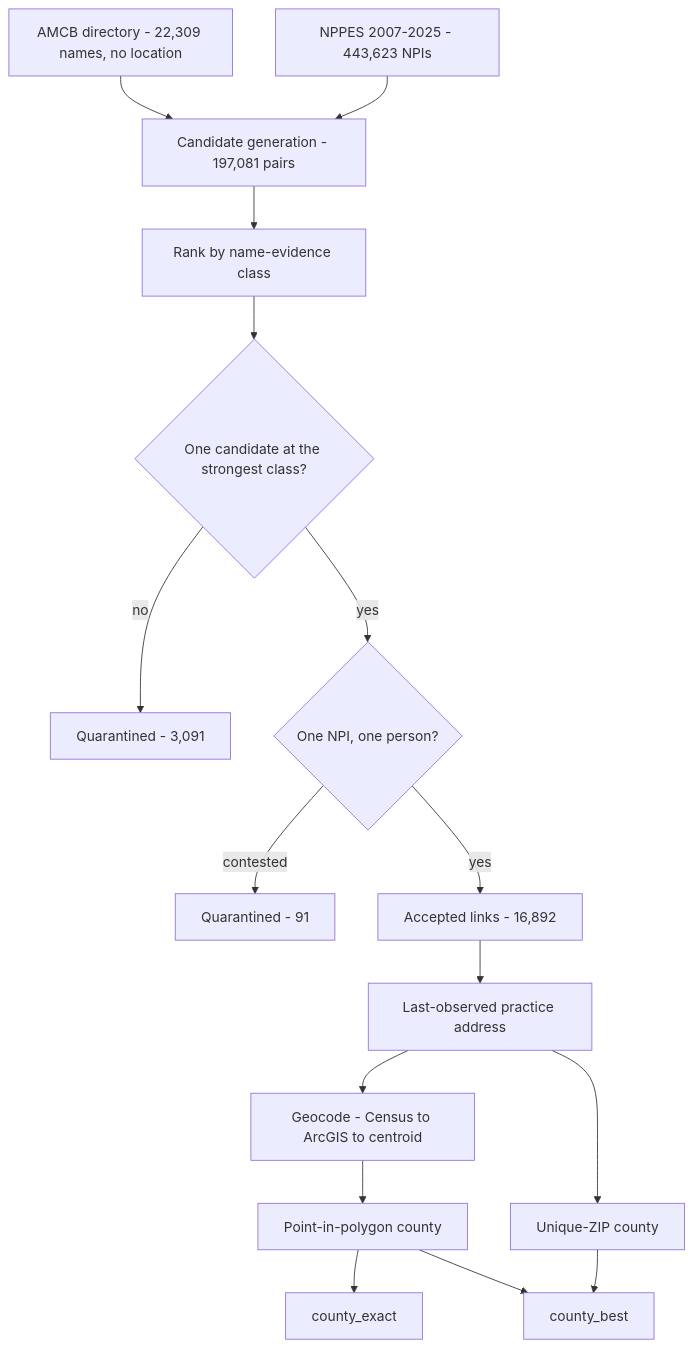
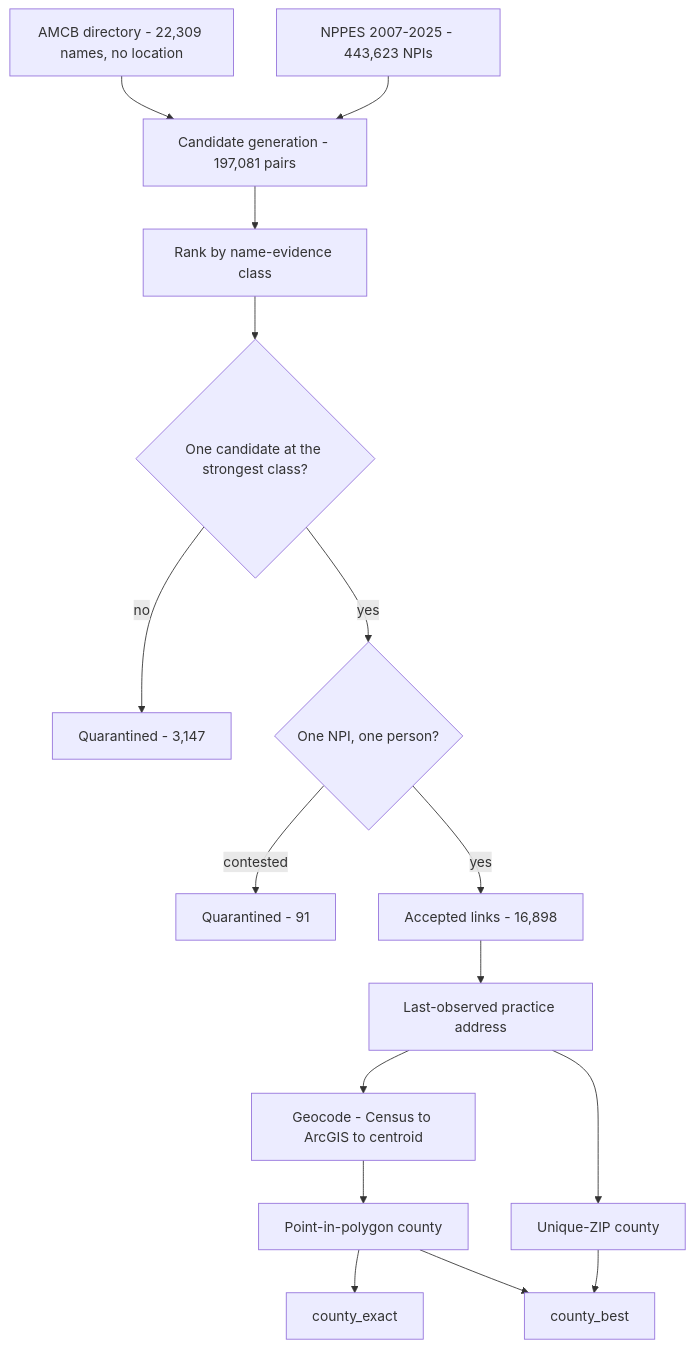
Before and after one commit to mufflyt/midwifery: the second of 5 diagrams in README.md, drawn with Mermaid. The commit also changed other lines of this file, not shown here.

````diff
--- a/README.md
+++ b/README.md
@@ -262,18 +263,18 @@
 ```mermaid
 flowchart TD
   A["AMCB directory - 22,309 names, no location"] --> B["Candidate generation - 197,081 pairs"]
   P["NPPES 2007-2025 - 443,623 NPIs"] --> B
   B --> C["Rank by name-evidence class"]
   C --> D{"One candidate at the strongest class?"}
-  D -->|no| Q["Quarantined - 3,091"]
+  D -->|no| Q["Quarantined - 3,147"]
   D -->|yes| E{"One NPI, one person?"}
   E -->|contested| Q2["Quarantined - 91"]
-  E -->|yes| F["Accepted links - 16,892"]
+  E -->|yes| F["Accepted links - 16,898"]
   F --> G["Last-observed practice address"]
   G --> H["Geocode - Census to ArcGIS to centroid"]
   G --> J["Unique-ZIP county"]
   H --> I["Point-in-polygon county"]
   I --> K["county_exact"]
   I --> L["county_best"]
   J --> L
 ```
````
